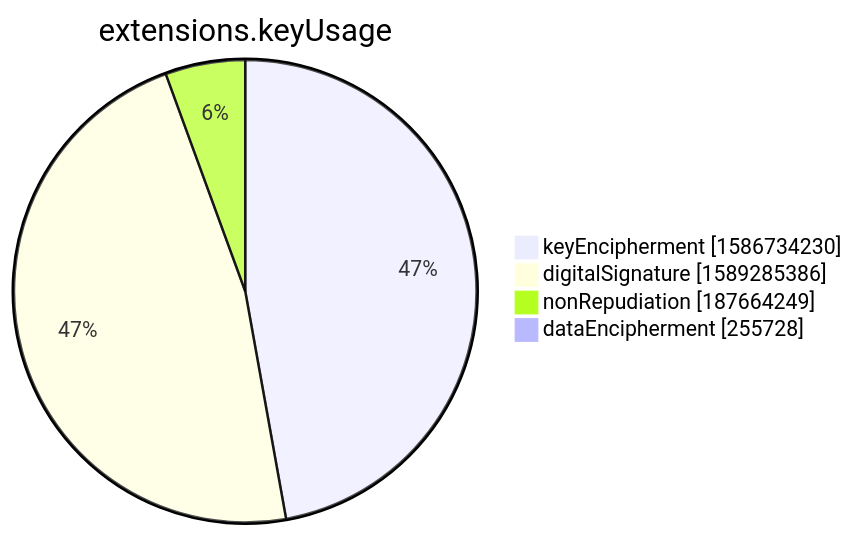
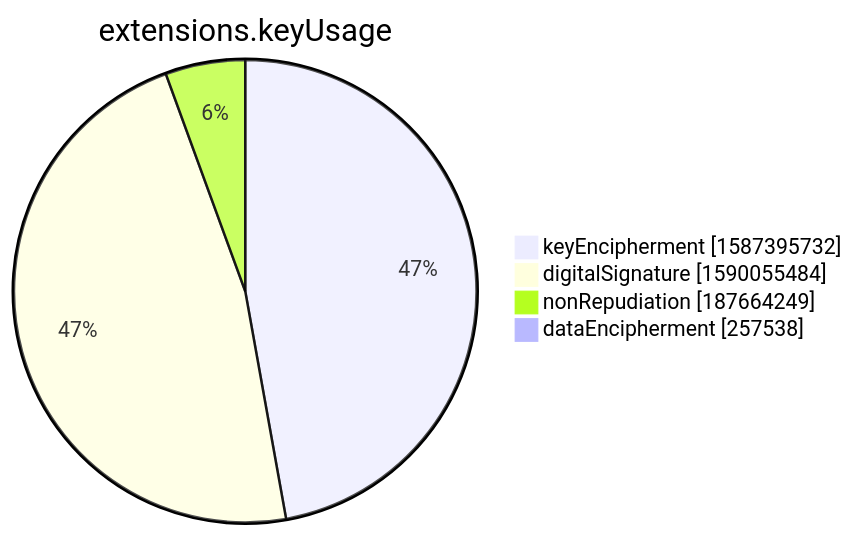
Before and after one commit to christiankrug/ctmonitor_visualization: the seventh of 15 diagrams in xenon2022/README.md, drawn with Mermaid. The commit also changed other lines of this file, not shown here.

````diff
--- a/xenon2022/README.md
+++ b/xenon2022/README.md
@@ -2854,8 +2854,8 @@
 ```mermaid
 pie showData
 title extensions.keyUsage
-"keyEncipherment" :1586734230
-"digitalSignature" :1589285386
+"keyEncipherment" :1587395732
+"digitalSignature" :1590055484
 "nonRepudiation" :187664249
-"dataEncipherment" :255728
+"dataEncipherment" :257538
 ```
````
